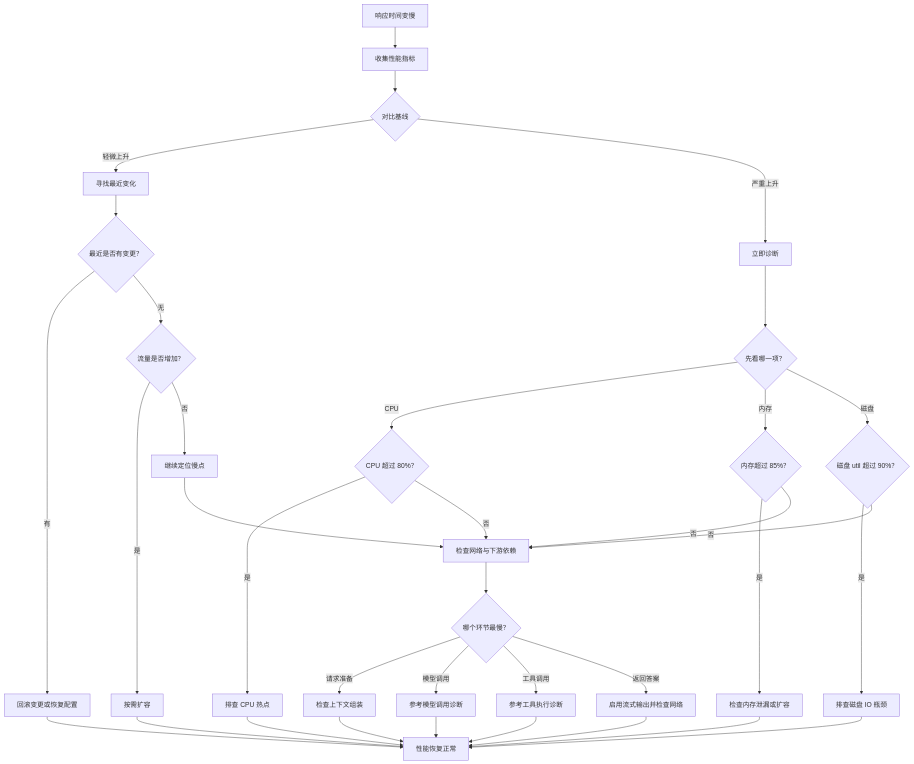
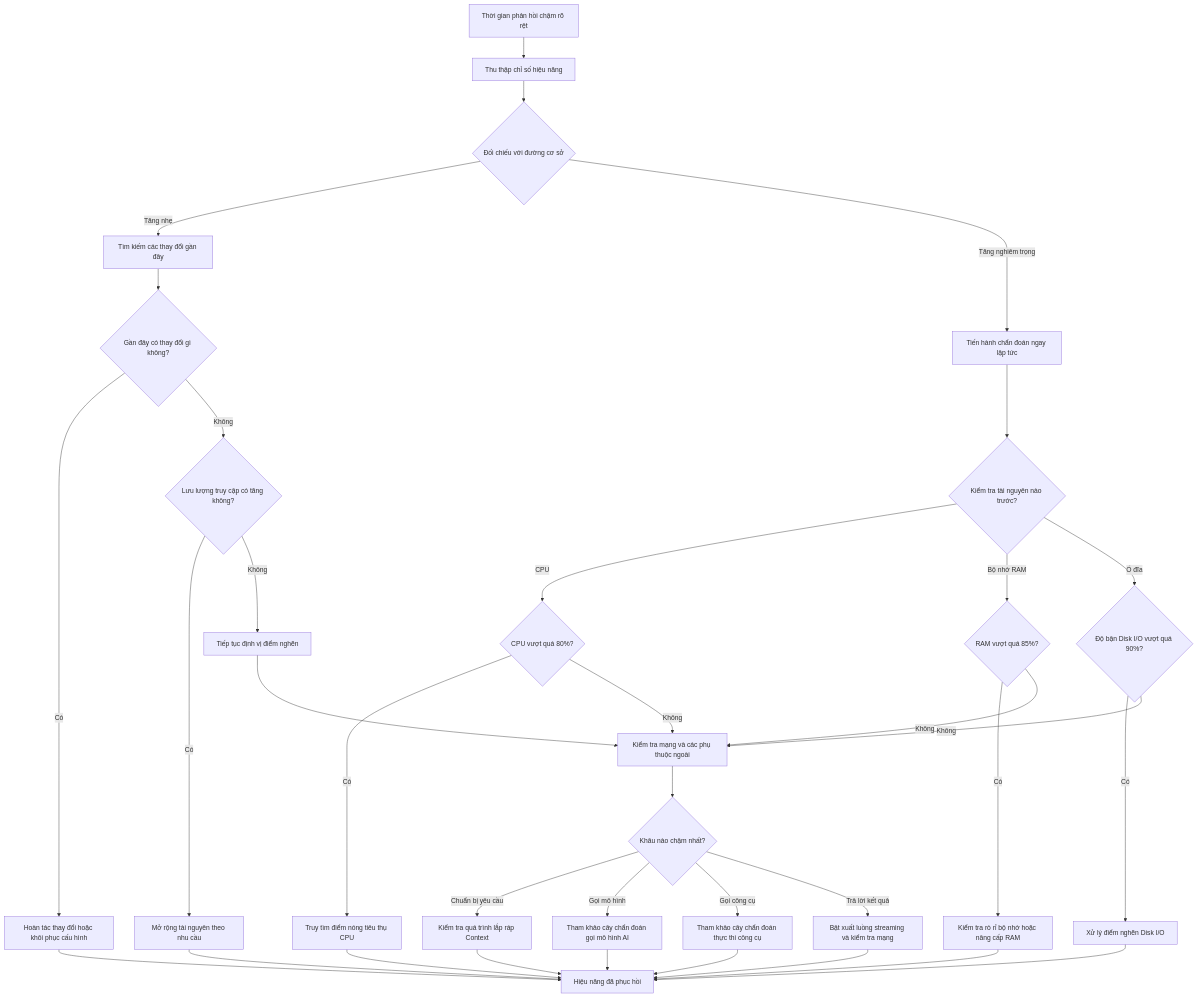
The seventh of 7 diagrams in 15_troubleshooting_trees/15.1_diagnostic_decision_trees.md (dino-edu/openclaw_guide), drawn with Mermaid before and after one commit. The commit also changed other lines of this file and 19 other files, not shown here.

````diff
--- a/15_troubleshooting_trees/15.1_diagnostic_decision_trees.md
+++ b/15_troubleshooting_trees/15.1_diagnostic_decision_trees.md
@@ -388,44 +380,44 @@
 ```mermaid
 graph TD
-    A["响应时间变慢"] --> B["收集性能指标"]
-    B --> C{"对比基线"}
-    C -->|轻微上升| D["寻找最近变化"]
-    C -->|严重上升| E["立即诊断"]
+    A["Thời gian phản hồi chậm rõ rệt"] --> B["Thu thập chỉ số hiệu năng"]
+    B --> C{"Đối chiếu với đường cơ sở"}
+    C -->|Tăng nhẹ| D["Tìm kiếm các thay đổi gần đây"]
+    C -->|Tăng nghiêm trọng| E["Tiến hành chẩn đoán ngay lập tức"]
 
-    D --> D1{"最近是否有变更？"}
-    D1 -->|有| D2["回滚变更或恢复配置"]
-    D1 -->|无| D3{"流量是否增加？"}
-    D3 -->|是| D4["按需扩容"]
-    D3 -->|否| D5["继续定位慢点"]
+    D --> D1{"Gần đây có thay đổi gì không?"}
+    D1 -->|Có| D2["Hoàn tác thay đổi hoặc khôi phục cấu hình"]
+    D1 -->|Không| D3{"Lưu lượng truy cập có tăng không?"}
+    D3 -->|Có| D4["Mở rộng tài nguyên theo nhu cầu"]
+    D3 -->|Không| D5["Tiếp tục định vị điểm nghẽn"]
 
-    E --> E1{"先看哪一项？"}
-    E1 -->|CPU| E2{"CPU 超过 80%？"}
-    E1 -->|内存| E3{"内存超过 85%？"}
-    E1 -->|磁盘| E4{"磁盘 util 超过 90%？"}
+    E --> E1{"Kiểm tra tài nguyên nào trước?"}
+    E1 -->|CPU| E2{"CPU vượt quá 80%?"}
+    E1 -->|Bộ nhớ RAM| E3{"RAM vượt quá 85%?"}
+    E1 -->|Ổ đĩa| E4{"Độ bận Disk I/O vượt quá 90%?"}
 
-    E2 -->|是| E5["排查 CPU 热点"]
-    E3 -->|是| E6["检查内存泄漏或扩容"]
-    E4 -->|是| E7["排查磁盘 IO 瓶颈"]
-    E2 -->|否| F["检查网络与下游依赖"]
-    E3 -->|否| F
-    E4 -->|否| F
+    E2 -->|Có| E5["Truy tìm điểm nóng tiêu thụ CPU"]
+    E3 -->|Có| E6["Kiểm tra rò rỉ bộ nhớ hoặc nâng cấp RAM"]
+    E4 -->|Có| E7["Xử lý điểm nghẽn Disk I/O"]
+    E2 -->|Không| F["Kiểm tra mạng và các phụ thuộc ngoài"]
+    E3 -->|Không| F
+    E4 -->|Không| F
 
-    F --> F1{"哪个环节最慢？"}
-    F1 -->|请求准备| F2["检查上下文组装"]
-    F1 -->|模型调用| F3["参考模型调用诊断"]
-    F1 -->|工具调用| F4["参考工具执行诊断"]
-    F1 -->|返回答案| F5["启用流式输出并检查网络"]
+    F --> F1{"Khâu nào chậm nhất?"}
+    F1 -->|Chuẩn bị yêu cầu| F2["Kiểm tra quá trình lắp ráp Context"]
+    F1 -->|Gọi mô hình| F3["Tham khảo cây chẩn đoán gọi mô hình AI"]
+    F1 -->|Gọi công cụ| F4["Tham khảo cây chẩn đoán thực thi công cụ"]
+    F1 -->|Trả lời kết quả| F5["Bật xuất luồng streaming và kiểm tra mạng"]
 
-    D2 --> Z["性能恢复正常"]
+    D2 --> Z["Hiệu năng đã phục hồi"]
     D4 --> Z
     D5 --> F
     E5 --> Z
     E6 --> Z
     E7 --> Z
     F2 --> Z
     F3 --> Z
     F4 --> Z
     F5 --> Z
 
-    Z["性能恢复正常"]
+    Z["Hiệu năng đã phục hồi"]
 ```
````
